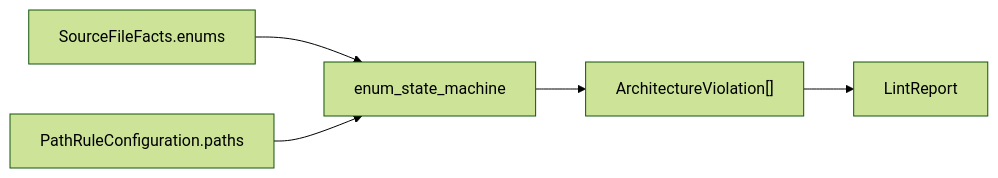
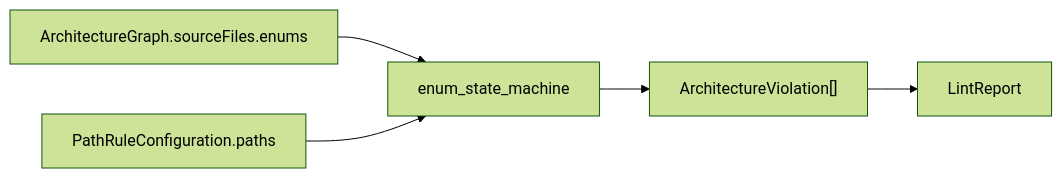
The seventh of 7 diagrams in docs/ARCHITECTURE_SNAPSHOT.md (RoyalPineapple/BumperBowling), drawn with Mermaid (forest theme) before and after one commit. The commit also changed other lines of this file and 17 other files, not shown here.

Commit message:
Reframe DSL around architecture graph

````diff
--- a/docs/ARCHITECTURE_SNAPSHOT.md
+++ b/docs/ARCHITECTURE_SNAPSHOT.md
@@ -94,7 +97,7 @@
 ```mermaid
 flowchart LR
-    Enums["SourceFileFacts.enums"] --> EnumStateMachine["enum_state_machine"]
+    Enums["ArchitectureGraph.sourceFiles.enums"] --> EnumStateMachine["enum_state_machine"]
     Paths["PathRuleConfiguration.paths"] --> EnumStateMachine
     EnumStateMachine --> Findings["ArchitectureViolation[]"]
     Findings --> Report["LintReport"]
 ```
````
